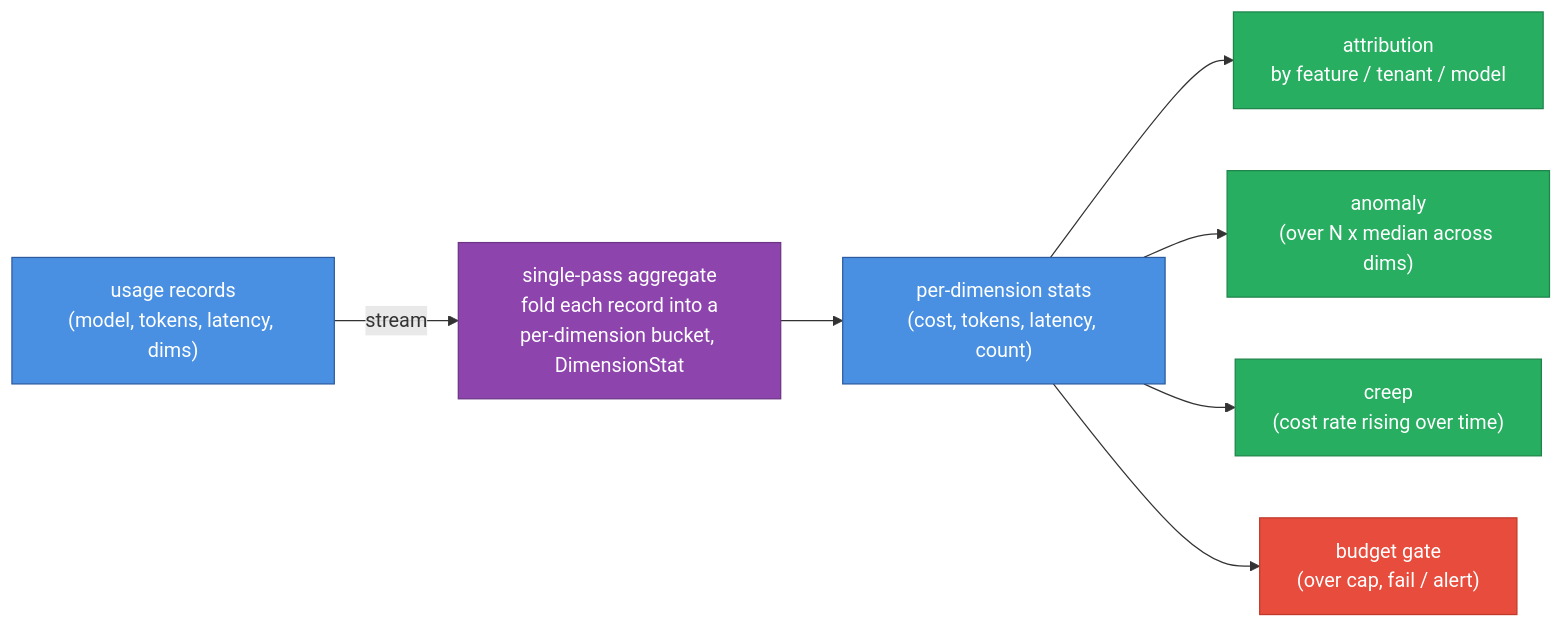
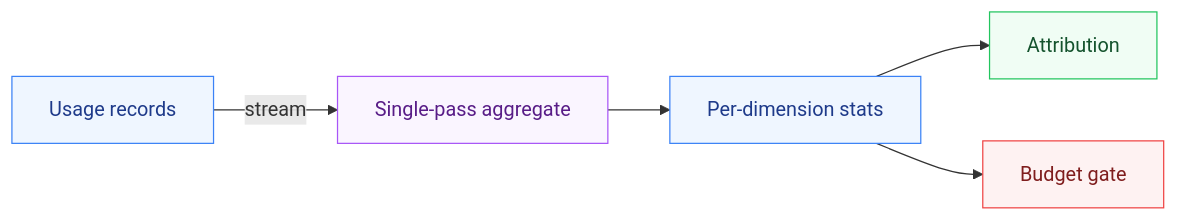
One commit to parag-labs/token-lens changed the diagram in README.md. Above: the diagram before and after it, drawn with Mermaid.

Commit message:
Simplify the README diagram: short labels, softer palette

````diff
--- a/README.md
+++ b/README.md
@@ -105,19 +105,15 @@
 ```mermaid
 flowchart LR
-  classDef proc fill:#4a90e2,stroke:#2c5aa0,color:#fff
-  classDef good fill:#27ae60,stroke:#1e8449,color:#fff
-  classDef bad fill:#e74c3c,stroke:#c0392b,color:#fff
-  classDef work fill:#8e44ad,stroke:#6c3483,color:#fff
-  USAGE["usage records<br/>(model, tokens, latency, dims)"]:::proc
-  AGG["single-pass aggregate<br/>fold each record into a<br/>per-dimension bucket, DimensionStat"]:::work
-  STATS["per-dimension stats<br/>(cost, tokens, latency, count)"]:::proc
-  ATTR["attribution<br/>by feature / tenant / model"]:::good
-  ANOM["anomaly<br/>(over N x median across dims)"]:::good
-  CREEP["creep<br/>(cost rate rising over time)"]:::good
-  BUDGET["budget gate<br/>(over cap, fail / alert)"]:::bad
+  classDef proc fill:#eff6ff,stroke:#3b82f6,color:#1e3a8a
+  classDef good fill:#f0fdf4,stroke:#22c55e,color:#14532d
+  classDef bad fill:#fef2f2,stroke:#ef4444,color:#7f1d1d
+  classDef work fill:#faf5ff,stroke:#a855f7,color:#581c87
+  USAGE["Usage records"]:::proc
+  AGG["Single-pass aggregate"]:::work
+  STATS["Per-dimension stats"]:::proc
+  ATTR["Attribution"]:::good
+  BUDGET["Budget gate"]:::bad
   USAGE -->|stream| AGG --> STATS
   STATS --> ATTR
-  STATS --> ANOM
-  STATS --> CREEP
   STATS --> BUDGET
 ```
````
